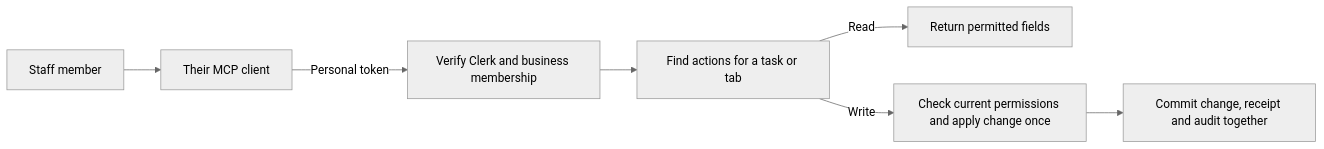
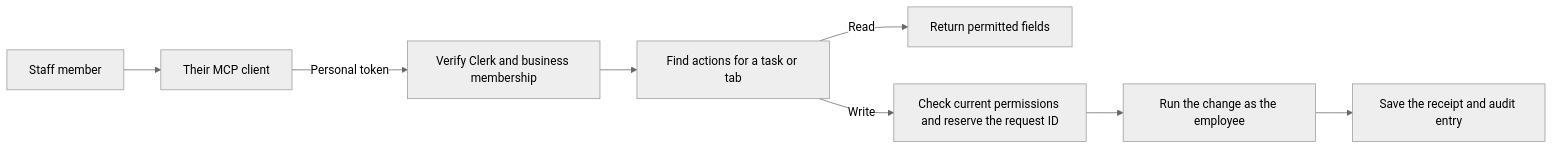
Before and after one commit to F0rge/f0rge: the diagram in apps/firstout/docs/mcp-domain-tools.md, drawn with Mermaid (neutral theme). The commit also changed other lines of this file and 18 other files, not shown here.

````diff
--- a/apps/firstout/docs/mcp-domain-tools.md
+++ b/apps/firstout/docs/mcp-domain-tools.md
@@ -7,9 +7,10 @@
 ```mermaid
 flowchart LR
     Staff[Staff member] --> Client[Their MCP client]
     Client -->|Personal token| Auth[Verify Clerk and business membership]
     Auth --> Find[Find actions for a task or tab]
     Find -->|Read| Read[Return permitted fields]
-    Find -->|Write| Apply[Check current permissions and apply change once]
-    Apply --> Receipt[Commit change, receipt and audit together]
+    Find -->|Write| Apply[Check current permissions and reserve the request ID]
+    Apply --> Run[Run the change as the employee]
+    Run --> Receipt[Save the receipt and audit entry]
 ```
````
